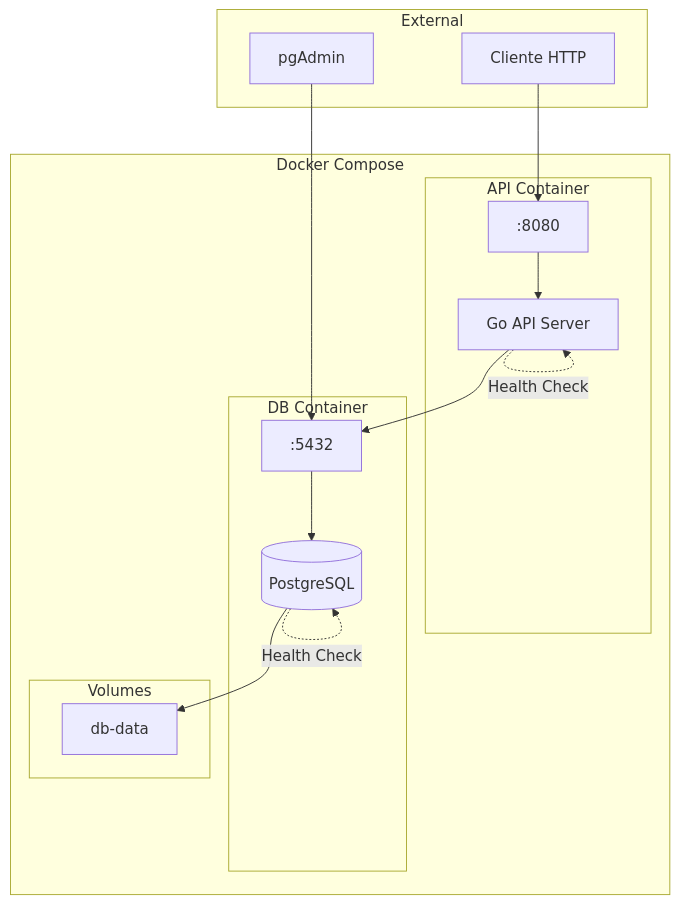
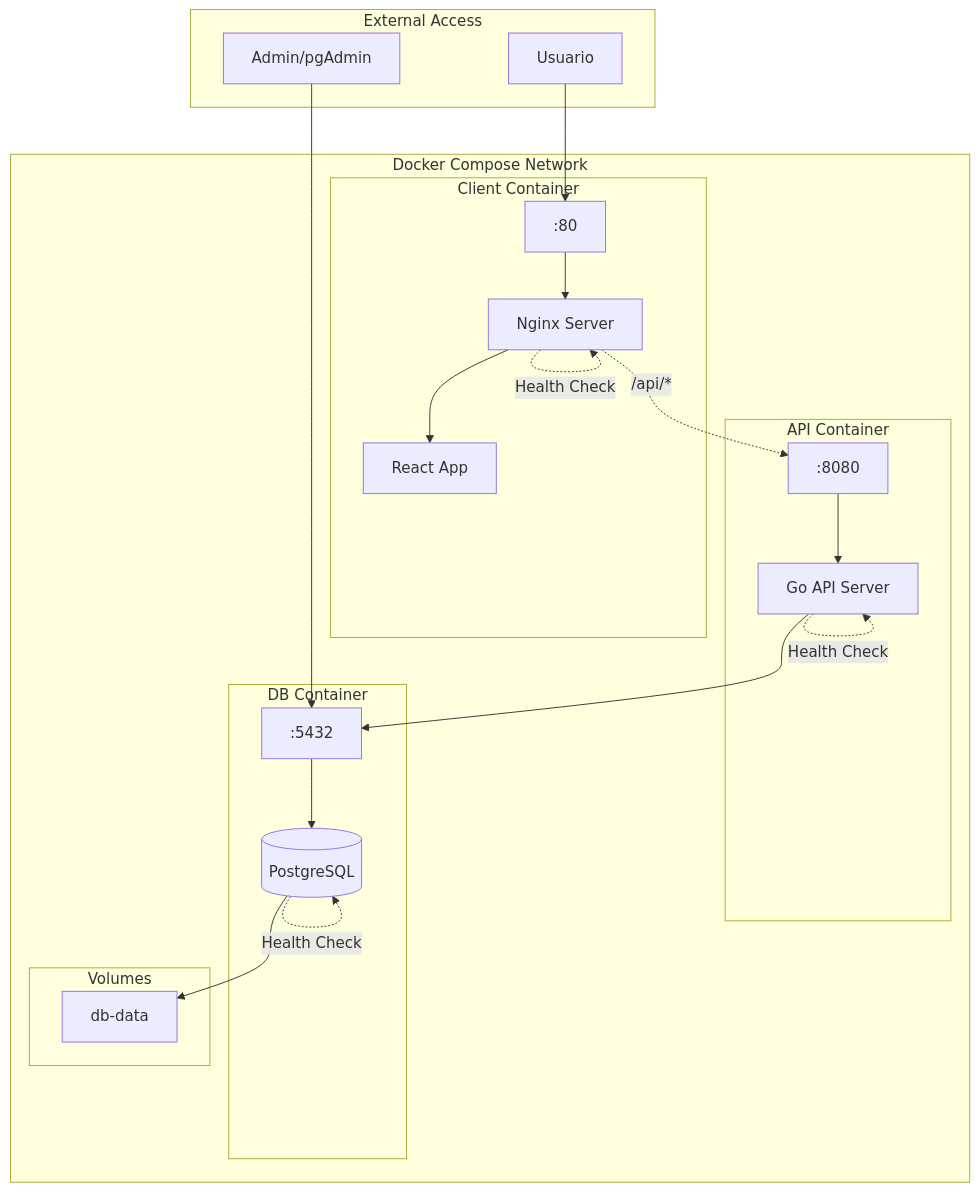
Before and after one commit to tatoand97/todolist: the eighth of 8 diagrams in README.md, drawn with Mermaid. The commit also changed other lines of this file and 26 other files, not shown here.

````diff
--- a/README.md
+++ b/README.md
@@ -462,33 +496,43 @@
 ```mermaid
 graph TB
-    subgraph "Docker Compose"
+    subgraph "Docker Compose Network"
+        subgraph "Client Container"
+            NGINX[Nginx Server]
+            REACT[React App]
+            CLIENTPORT[":80"]
+        end
+        
         subgraph "API Container"
             API[Go API Server]
-            PORT[":8080"]
+            APIPORT[":8080"]
         end
         
         subgraph "DB Container"
             DB[(PostgreSQL)]
             DBPORT[":5432"]
         end
         
         subgraph "Volumes"
             VOL[db-data]
         end
     end
     
-    subgraph "External"
-        CLIENT[Cliente HTTP]
-        ADMIN[pgAdmin]
+    subgraph "External Access"
+        USER[Usuario]
+        ADMIN[Admin/pgAdmin]
     end
     
-    CLIENT --> PORT
-    PORT --> API
+    USER --> CLIENTPORT
+    CLIENTPORT --> NGINX
+    NGINX --> REACT
+    NGINX -.->|/api/*| APIPORT
+    APIPORT --> API
     API --> DBPORT
     DBPORT --> DB
     DB --> VOL
     ADMIN --> DBPORT
     
     API -.->|Health Check| API
     DB -.->|Health Check| DB
+    NGINX -.->|Health Check| NGINX
 ```
````
